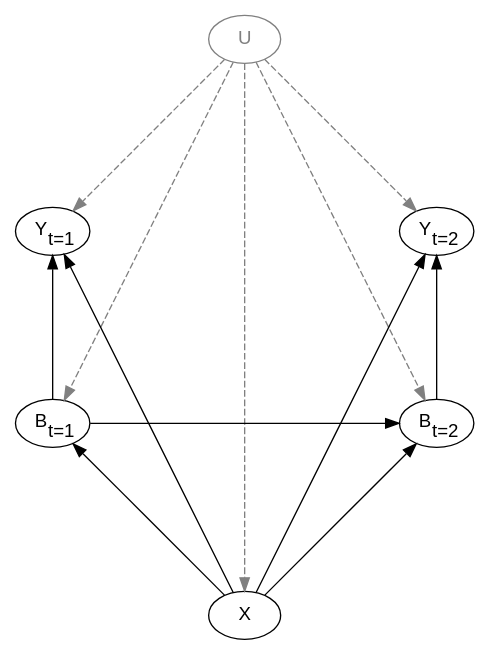
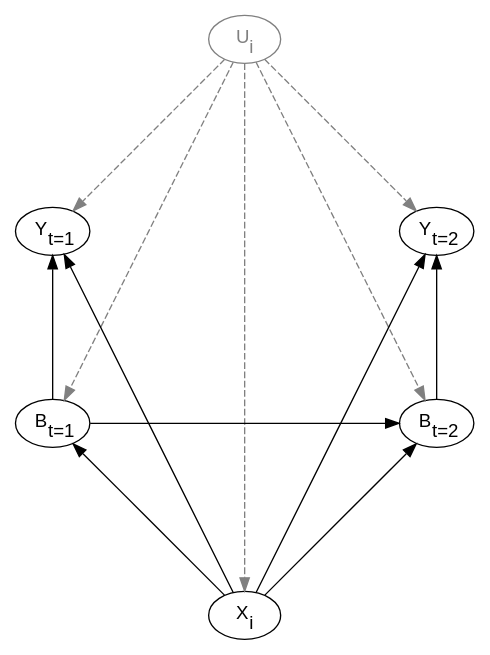
One commit to mca91/kasa_book changed the second of 5 diagrams in FixedEffects.qmd. Above: the diagram before and after it, drawn with Graphviz. The commit also changed other lines of this file and 5 other files, not shown here.

````diff
--- a/FixedEffects.qmd
+++ b/FixedEffects.qmd
@@ -136,44 +136,43 @@
 ```{dot}
 //| fig-width: 6
 //| fig-height: 4
 //| fig-align: 'center'
 //| fig-cap: "Panel-Design mit Backdoors durch beobachtete und unbeobachtete zeit-invariante Variablen"
 //| label: "fig-FEDAG2" 
 digraph FE_dag2 {
     layout=neato
     fontname="Helvetica,Arial,sans-serif"
     node [fontname="Helvetica,Arial,sans-serif"]
     edge [fontname="Helvetica,Arial,sans-serif"]
     splines=true
 
     // Zeitinvariante Einflüsse
-    U [pos="2,8!", label=<U>, color=gray, fontcolor=gray];
+    U [pos="2,8!", label=<U<SUB>i</SUB>>, color=gray, fontcolor=gray];
 
-    // Knoten für Zeitvariante Einflüsse
-    X [pos="2,2!", label=<X>];
+    X [pos="2,2!", label=<X<SUB>i</SUB>>];
 
     // Knoten für Perioden 1
     B1 [pos="0,4!", label=<B<SUB>t=1</SUB>>];
     Y1 [pos="0,6!", label=<Y<SUB>t=1</SUB>>];
 
     // Knoten für Perioden 2
     B2 [pos="4,4!", label=<B<SUB>t=2</SUB>>];
     Y2 [pos="4,6!", label=<Y<SUB>t=2</SUB>>];
 
     // Kanten für Perioden 1
     U -> X [color=gray, style=dashed];
     U -> Y1 [color=gray, style=dashed];
     U -> B1 [color=gray, style=dashed];
     X -> Y1;
     X -> B1;
     B1 -> Y1;
     B1 -> B2;
 
     // Kanten für Perioden 2
     U -> Y2 [color=gray, style=dashed];
     U -> B2 [color=gray, style=dashed];
     X -> Y2;
     X -> B2;
     B2 -> Y2;
 }
 ```
````
